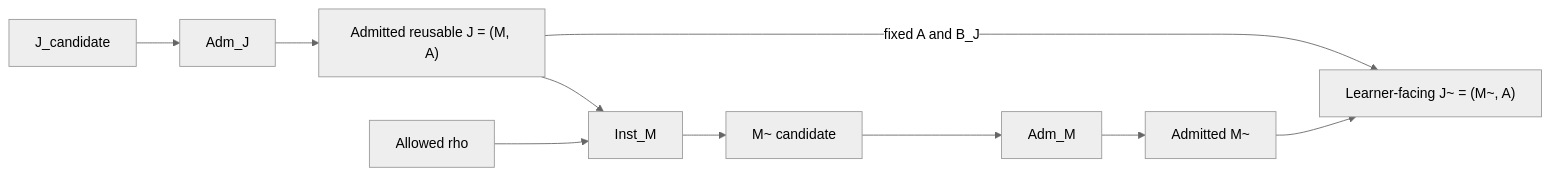
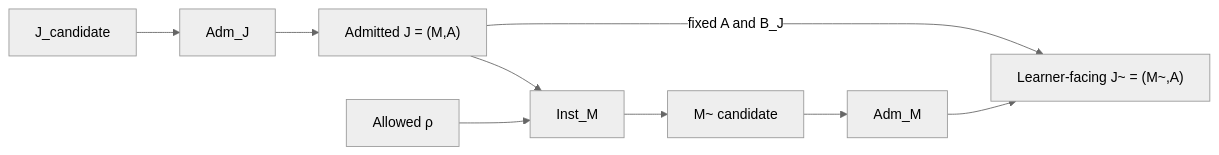
The second of 5 diagrams in content/architecture.md (thatao72/three-twin-docs), drawn with Mermaid (neutral theme) before and after one commit. The commit also changed other lines of this file, not shown here.

Commit message:
Rewrite architecture docs from current canonical authority

````diff
--- a/content/architecture.md
+++ b/content/architecture.md
@@ -207,18 +166,17 @@
 ```mermaid
 flowchart LR
     JC["J_candidate"]
     AJ["Adm_J"]
-    J["Admitted reusable J = (M, A)"]
-    RHO["Allowed rho"]
+    J["Admitted J = (M,A)"]
+    RHO["Allowed ρ"]
     IM["Inst_M"]
     MC["M~ candidate"]
     AM["Adm_M"]
-    MT["Admitted M~"]
-    JT["Learner-facing J~ = (M~, A)"]
+    JT["Learner-facing J~ = (M~,A)"]
 
     JC --> AJ --> J
     J --> IM
     RHO --> IM
-    IM --> MC --> AM --> MT --> JT
+    IM --> MC --> AM --> JT
     J -->|"fixed A and B_J"| JT
 ```
````
